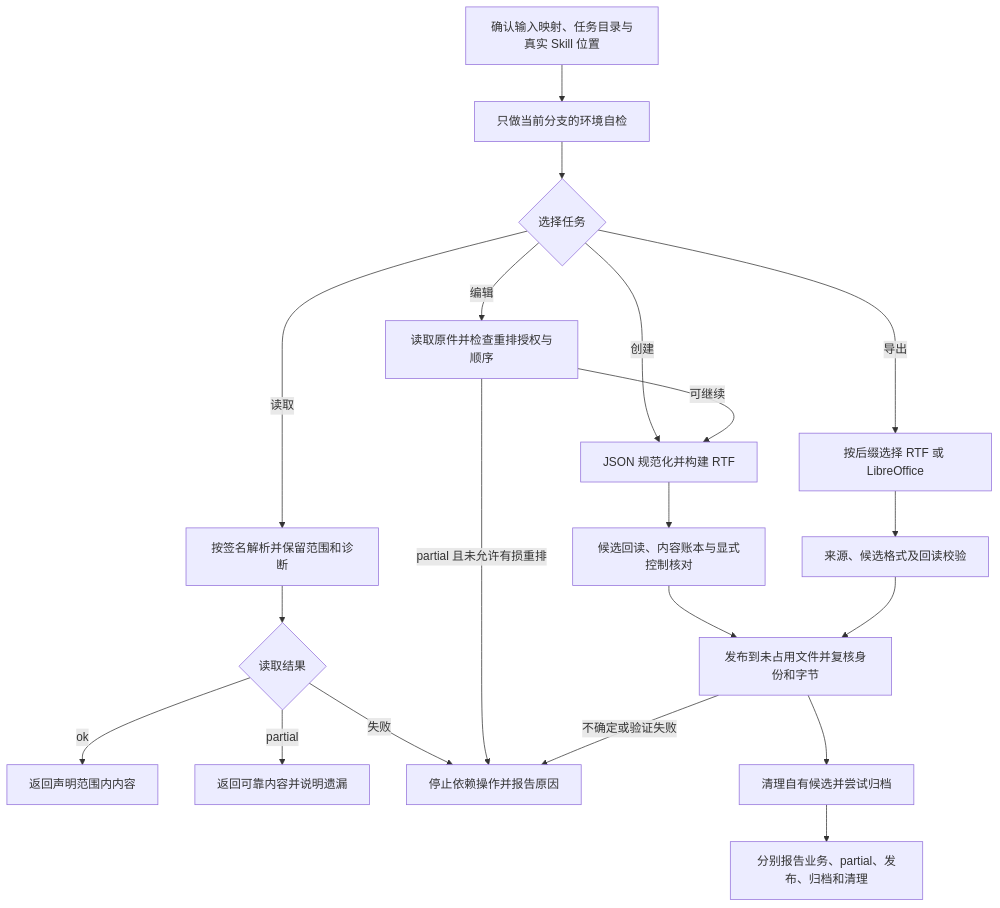
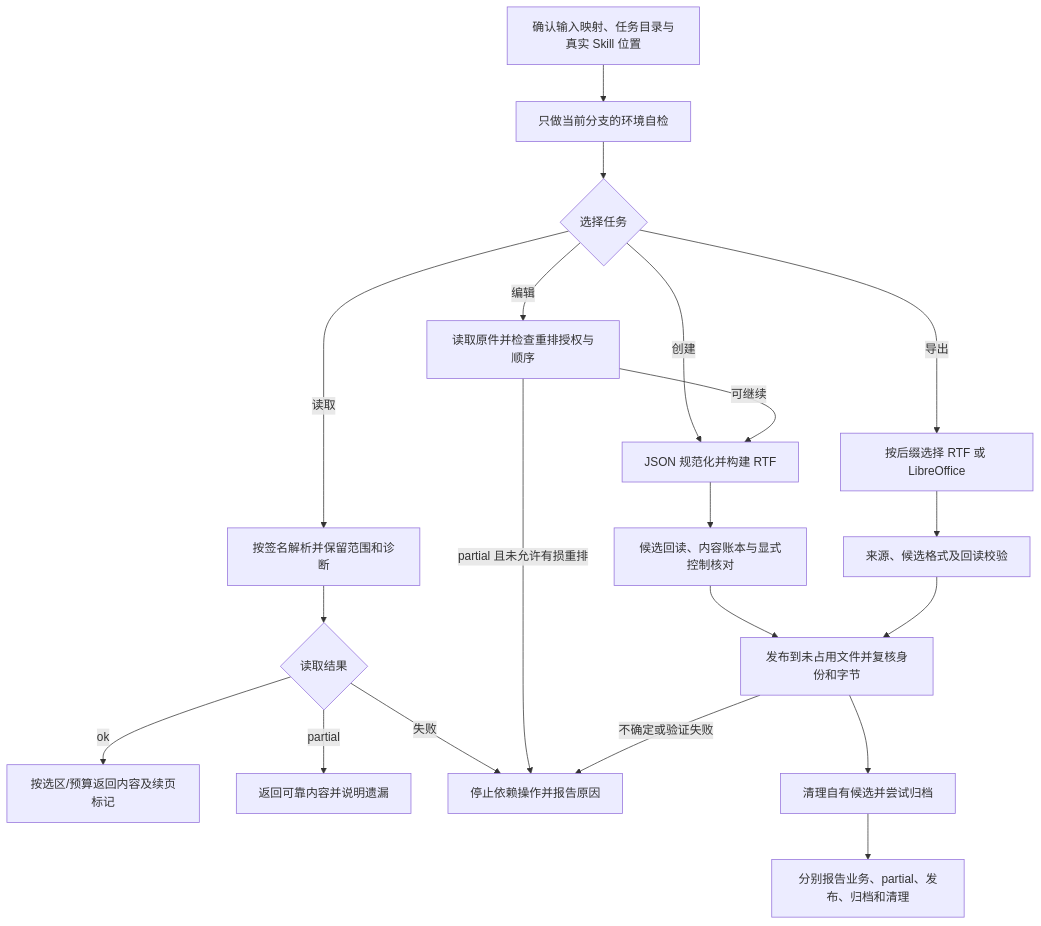
Before and after one commit to JohnParken/PSL-SKILLS: the second of 2 diagrams in docs/skills/wps.md, drawn with Mermaid. The commit also changed other lines of this file and 17 other files, not shown here.

````diff
--- a/docs/skills/wps.md
+++ b/docs/skills/wps.md
@@ -65,22 +65,22 @@
 ```mermaid
 flowchart TD
     A["确认输入映射、任务目录与真实 Skill 位置"] --> B["只做当前分支的环境自检"]
     B --> C{"选择任务"}
     C -->|"读取"| D["按签名解析并保留范围和诊断"]
     D --> E{"读取结果"}
-    E -->|"ok"| F["返回声明范围内内容"]
+    E -->|"ok"| F["按选区/预算返回内容及续页标记"]
     E -->|"partial"| G["返回可靠内容并说明遗漏"]
     E -->|"失败"| H["停止依赖操作并报告原因"]
     C -->|"创建"| I["JSON 规范化并构建 RTF"]
     C -->|"编辑"| J["读取原件并检查重排授权与顺序"]
     J -->|"可继续"| I
     J -->|"partial 且未允许有损重排"| H
     C -->|"导出"| K["按后缀选择 RTF 或 LibreOffice"]
     I --> L["候选回读、内容账本与显式控制核对"]
     K --> M["来源、候选格式及回读校验"]
     L --> N["发布到未占用文件并复核身份和字节"]
     M --> N
     N --> O["清理自有候选并尝试归档"]
     O --> P["分别报告业务、partial、发布、归档和清理"]
     N -->|"不确定或验证失败"| H
 ```
````
